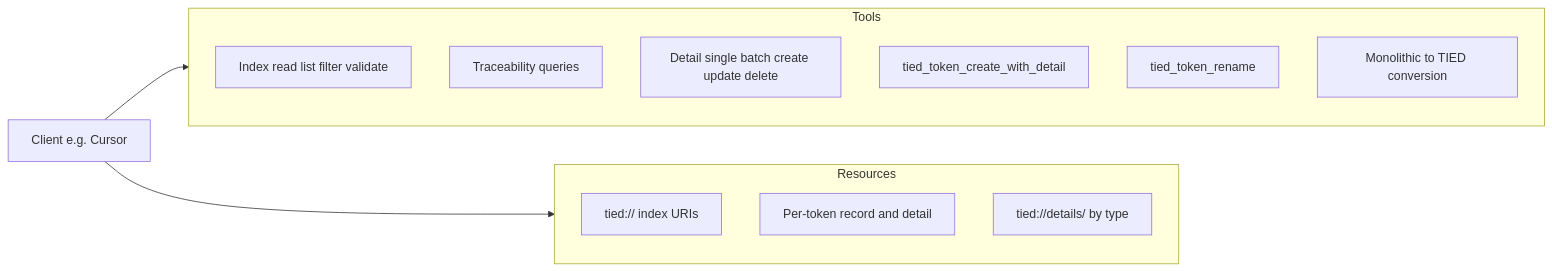
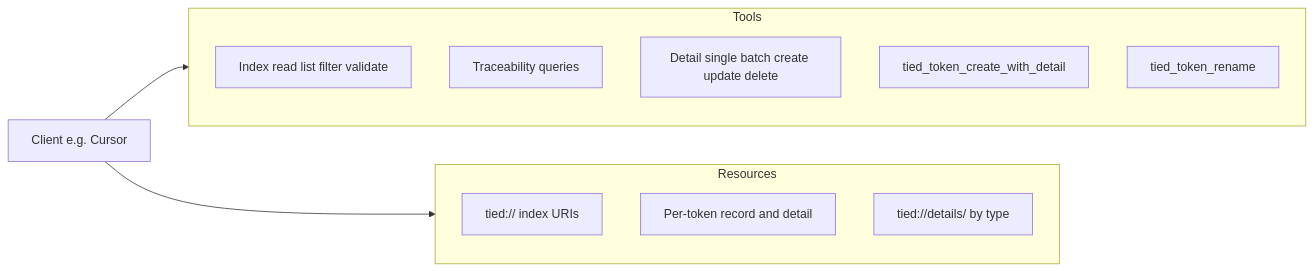
Before and after one commit to fareedst/tied: the fourth of 5 diagrams in README.md, drawn with Mermaid. The commit also changed other lines of this file and 209 other files, not shown here.

````diff
--- a/README.md
+++ b/README.md
@@ -469,19 +463,18 @@
 ```mermaid
 flowchart LR
   Client["Client e.g. Cursor"]
   Client --> toolsGroup
   Client --> resourcesGroup
   subgraph toolsGroup [Tools]
     IndexOps["Index read list filter validate"]
     TraceOps["Traceability queries"]
     DetailOps["Detail single batch create update delete"]
     CreateWithDetail["tied_token_create_with_detail"]
     RenameToken["tied_token_rename"]
-    Convert["Monolithic to TIED conversion"]
   end
   subgraph resourcesGroup [Resources]
     IndexURIs["tied:// index URIs"]
     PerToken["Per-token record and detail"]
     DetailsByType["tied://details/ by type"]
   end
 ```
````
